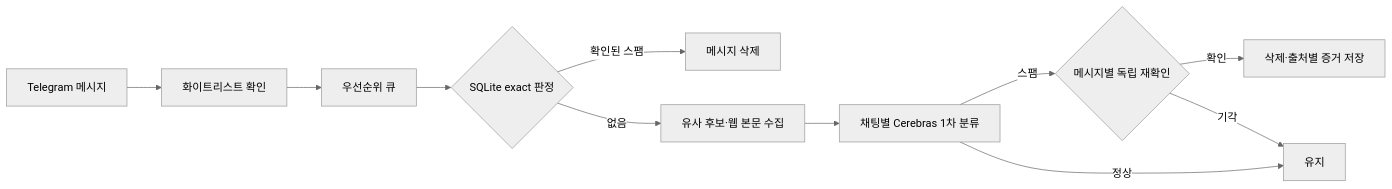
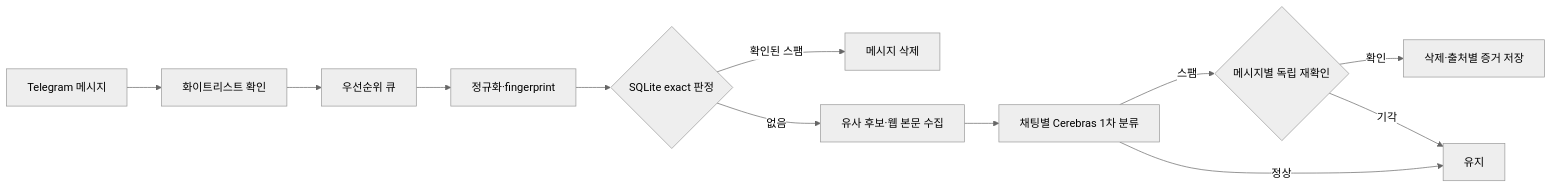
The diagram in README.md (yldst-dev/fuckyou-spam-rs), drawn with Mermaid (neutral theme) before and after one commit. The commit also changed other lines of this file and 46 other files, not shown here.

Commit message:
Refactor architecture and Dokploy runtime

````diff
--- a/README.md
+++ b/README.md
@@ -18,13 +18,14 @@
 ```mermaid
 flowchart LR
     A["Telegram 메시지"] --> B["화이트리스트 확인"]
     B --> C["우선순위 큐"]
-    C --> D{"SQLite exact 판정"}
+    C --> K["정규화·fingerprint"]
+    K --> D{"SQLite exact 판정"}
     D -->|"확인된 스팸"| E["메시지 삭제"]
     D -->|"없음"| F["유사 후보·웹 본문 수집"]
     F --> G["채팅별 Cerebras 1차 분류"]
     G -->|"스팸"| H{"메시지별 독립 재확인"}
     H -->|"확인"| J["삭제·출처별 증거 저장"]
     H -->|"기각"| I["유지"]
     G -->|"정상"| I["유지"]
 ```
````
